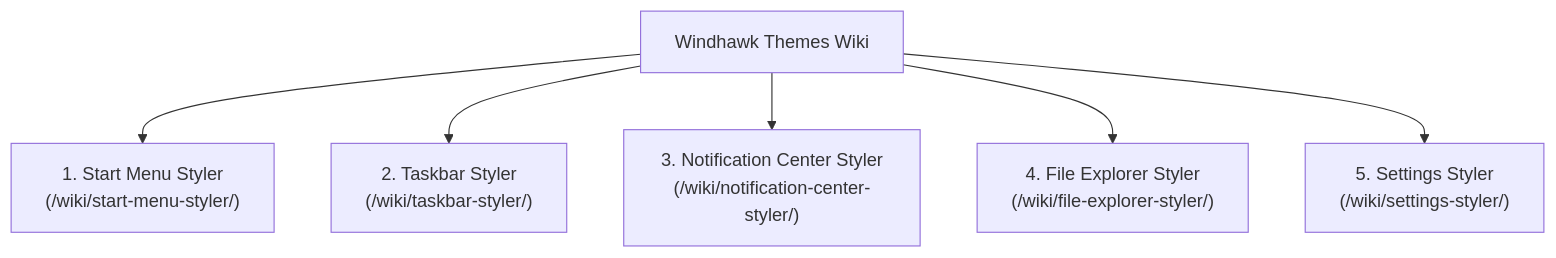
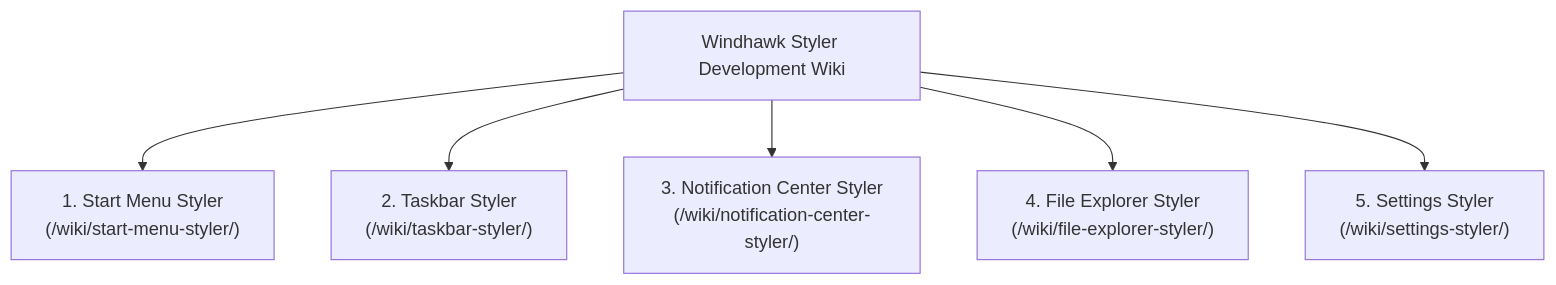
The diagram in docs/wiki/README.md (HELIX-Origin/Windhawk-Command-Center-Suite), drawn with Mermaid before and after one commit. The commit also changed other lines of this file and 19 other files, not shown here.

Commit message:
docs(wiki): expand extensive development wiki across all 5 stylers with mod default schemas

````diff
--- a/docs/wiki/README.md
+++ b/docs/wiki/README.md
@@ -18,9 +18,9 @@
 ```mermaid
 flowchart TD
-    Wiki["Windhawk Themes Wiki"]
+    Wiki["Windhawk Styler Development Wiki"]
     Wiki --> Cat1["1. Start Menu Styler\n(/wiki/start-menu-styler/)"]
     Wiki --> Cat2["2. Taskbar Styler\n(/wiki/taskbar-styler/)"]
     Wiki --> Cat3["3. Notification Center Styler\n(/wiki/notification-center-styler/)"]
     Wiki --> Cat4["4. File Explorer Styler\n(/wiki/file-explorer-styler/)"]
     Wiki --> Cat5["5. Settings Styler\n(/wiki/settings-styler/)"]
 ```
````
